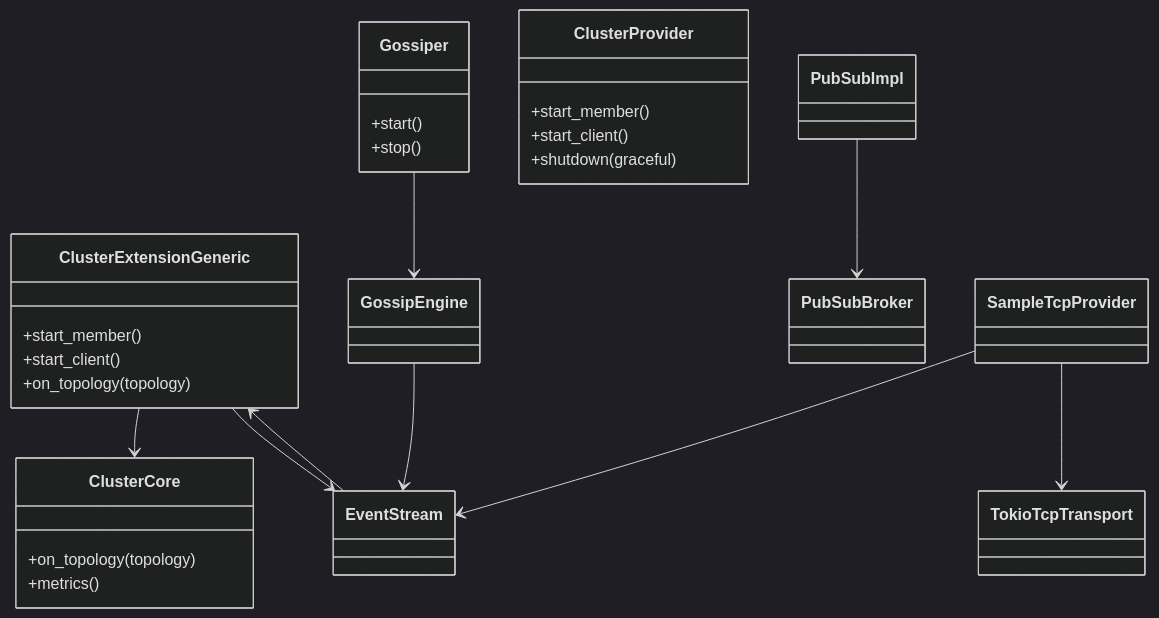
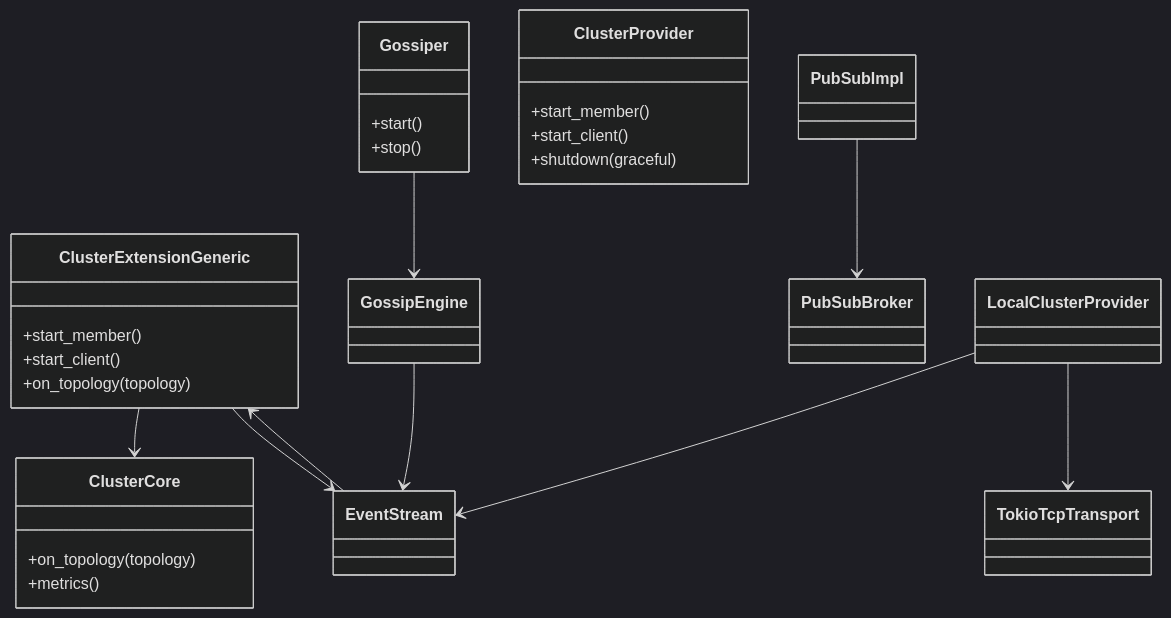
One commit to j5ik2o/fraktor-rs changed the second of 2 diagrams in .kiro/specs/protoactor-go-cluster-extension-samples/design.md. Above: the diagram before and after it, drawn with Mermaid (dark theme). The commit also changed other lines of this file and 17 other files, not shown here.

Commit message:
refactor: reorganize cluster provider modules and implement LocalClusterProvider for membership-aware scenarios

````diff
--- a/.kiro/specs/protoactor-go-cluster-extension-samples/design.md
+++ b/.kiro/specs/protoactor-go-cluster-extension-samples/design.md
@@ -106,35 +106,35 @@
 ```mermaid
 classDiagram
   class ClusterExtensionGeneric {
     +start_member()
     +start_client()
     +on_topology(topology)
   }
   class ClusterCore {
     +on_topology(topology)
     +metrics()
   }
   class Gossiper {
     +start()
     +stop()
   }
   class ClusterProvider {
     +start_member()
     +start_client()
     +shutdown(graceful)
   }
   class GossipEngine
   class PubSubBroker
-  class SampleTcpProvider
+  class LocalClusterProvider
   class PubSubImpl
   class EventStream
 
   ClusterExtensionGeneric --> ClusterCore
   ClusterExtensionGeneric --> EventStream
   EventStream --> ClusterExtensionGeneric
   Gossiper --> GossipEngine
   GossipEngine --> EventStream
-  SampleTcpProvider --> EventStream
+  LocalClusterProvider --> EventStream
   PubSubImpl --> PubSubBroker
-  SampleTcpProvider --> TokioTcpTransport
+  LocalClusterProvider --> TokioTcpTransport
 ```
````
